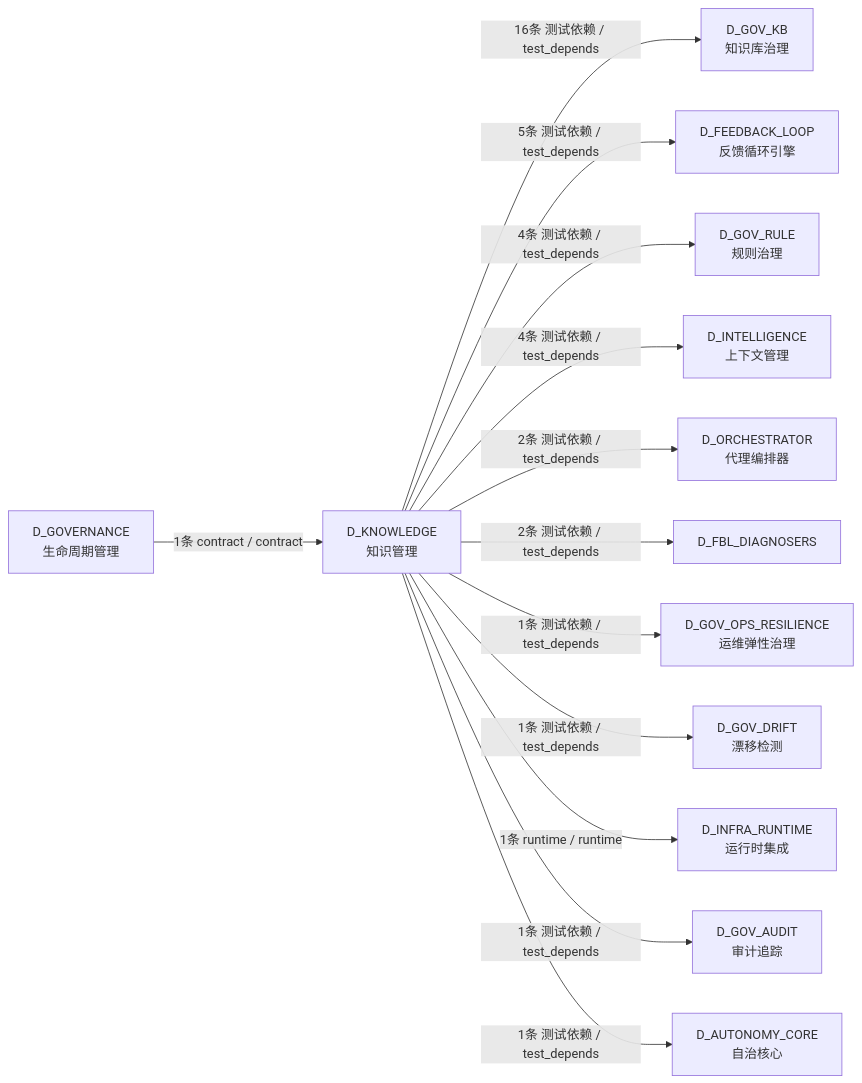
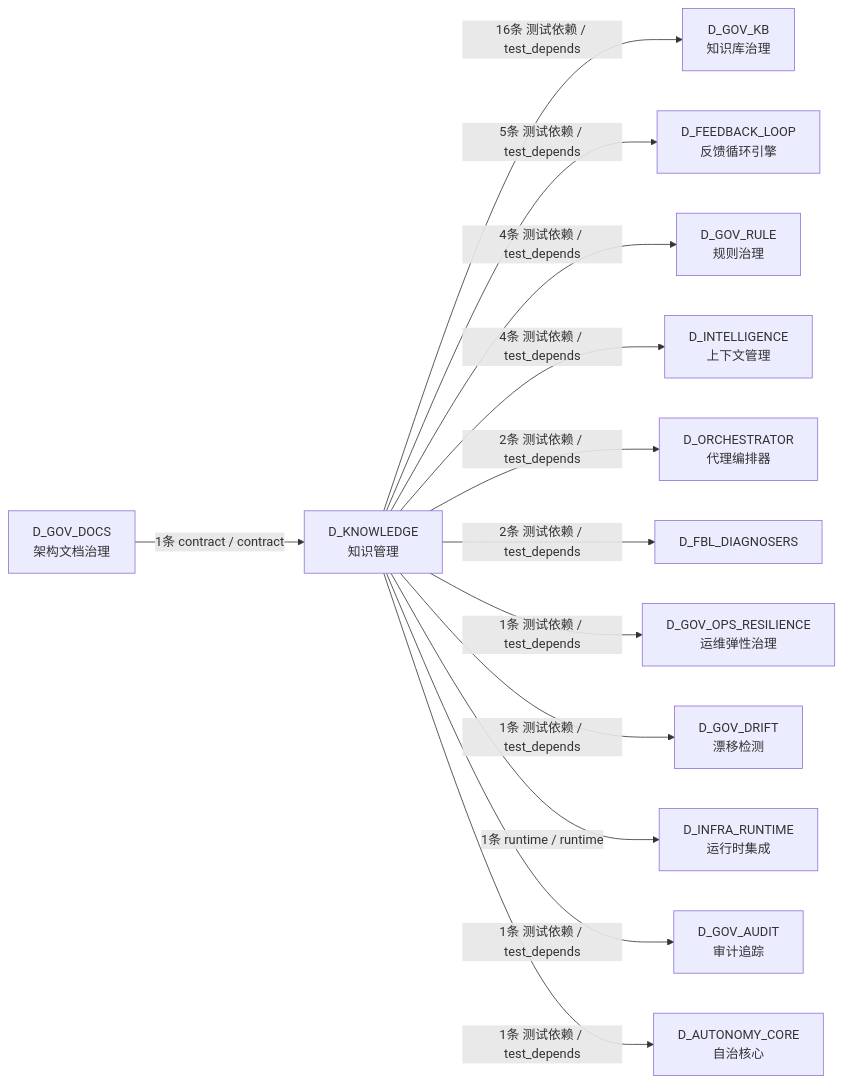
Before and after one commit to xuanFelixVan/ZephyrAlpha: the fifth of 5 diagrams in docs/02_enterprise_architecture/02_domain_architecture_docs/48_d_knowledge.md, drawn with Mermaid. The commit also changed other lines of this file and 126 other files, not shown here.

````diff
--- a/docs/02_enterprise_architecture/02_domain_architecture_docs/48_d_knowledge.md
+++ b/docs/02_enterprise_architecture/02_domain_architecture_docs/48_d_knowledge.md
@@ -363,28 +363,28 @@
 ```mermaid
 graph LR
     D_KNOWLEDGE["D_KNOWLEDGE<br/>知识管理"]
     D_GOV_KB["D_GOV_KB<br/>知识库治理"]
     D_FEEDBACK_LOOP["D_FEEDBACK_LOOP<br/>反馈循环引擎"]
     D_GOV_RULE["D_GOV_RULE<br/>规则治理"]
     D_INTELLIGENCE["D_INTELLIGENCE<br/>上下文管理"]
     D_ORCHESTRATOR["D_ORCHESTRATOR<br/>代理编排器"]
     D_FBL_DIAGNOSERS["D_FBL_DIAGNOSERS"]
     D_GOV_OPS_RESILIENCE["D_GOV_OPS_RESILIENCE<br/>运维弹性治理"]
     D_GOV_DRIFT["D_GOV_DRIFT<br/>漂移检测"]
     D_INFRA_RUNTIME["D_INFRA_RUNTIME<br/>运行时集成"]
     D_GOV_AUDIT["D_GOV_AUDIT<br/>审计追踪"]
     D_AUTONOMY_CORE["D_AUTONOMY_CORE<br/>自治核心"]
-    D_GOVERNANCE["D_GOVERNANCE<br/>生命周期管理"]
+    D_GOV_DOCS["D_GOV_DOCS<br/>架构文档治理"]
     D_KNOWLEDGE -->|16条 测试依赖 / test_depends| D_GOV_KB
     D_KNOWLEDGE -->|5条 测试依赖 / test_depends| D_FEEDBACK_LOOP
     D_KNOWLEDGE -->|4条 测试依赖 / test_depends| D_GOV_RULE
     D_KNOWLEDGE -->|4条 测试依赖 / test_depends| D_INTELLIGENCE
     D_KNOWLEDGE -->|2条 测试依赖 / test_depends| D_ORCHESTRATOR
     D_KNOWLEDGE -->|2条 测试依赖 / test_depends| D_FBL_DIAGNOSERS
     D_KNOWLEDGE -->|1条 测试依赖 / test_depends| D_GOV_OPS_RESILIENCE
     D_KNOWLEDGE -->|1条 测试依赖 / test_depends| D_GOV_DRIFT
     D_KNOWLEDGE -->|1条 runtime / runtime| D_INFRA_RUNTIME
     D_KNOWLEDGE -->|1条 测试依赖 / test_depends| D_GOV_AUDIT
     D_KNOWLEDGE -->|1条 测试依赖 / test_depends| D_AUTONOMY_CORE
-    D_GOVERNANCE -->|1条 contract / contract| D_KNOWLEDGE
+    D_GOV_DOCS -->|1条 contract / contract| D_KNOWLEDGE
 ```
````
